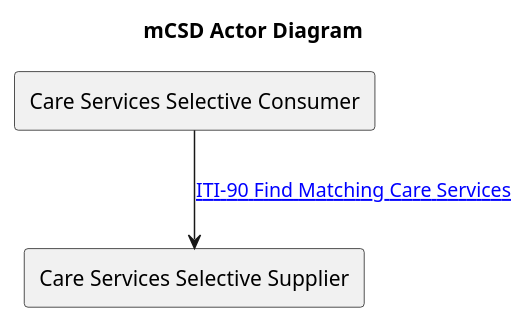
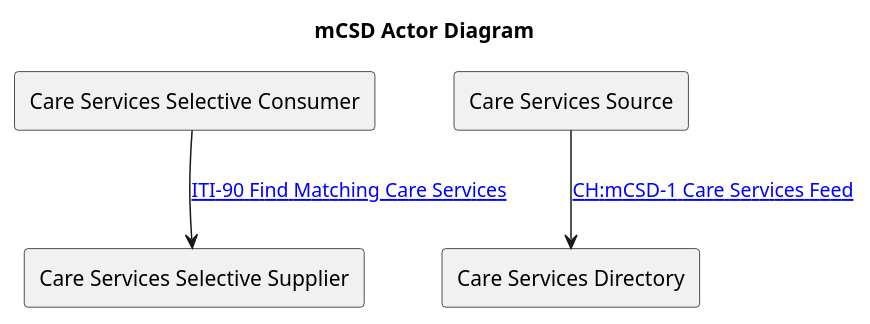
The diagram in input/images-source/mCSD_actor_diagram.plantuml (ehealthsuisse/ch-epr-fhir), drawn with PlantUML before and after one commit. The commit also changed 12 other files, not shown here.

First line of the commit message:
Add the mCSD feed transaction (CH:mCSD-1)

```diff
--- a/input/images-source/mCSD_actor_diagram.plantuml
+++ b/input/images-source/mCSD_actor_diagram.plantuml
@@ -1,7 +1,12 @@
 @startuml
 ' https://github.com/IHE/ITI.mCSD/blob/main/input/images-source/ActorsAndTransactions.plantuml
 title mCSD Actor Diagram
 agent "Care Services Selective Supplier" as SelectiveSupplier
 agent "Care Services Selective Consumer" as SelectiveConsumer
+agent "Care Services Source" as Source
+agent "Care Services Directory" as Directory
+
 SelectiveConsumer -down-> SelectiveSupplier : "[[iti-90.html ITI-90 Find Matching Care Services]]"
+Source -down-> Directory : "[[ch-mcsd-1.html CH:mCSD-1 Care Services Feed]]"
+
 @enduml
```
